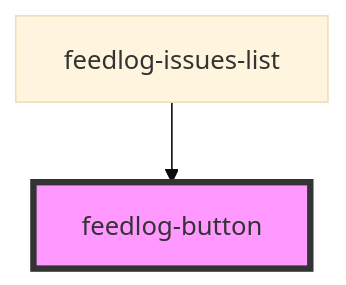
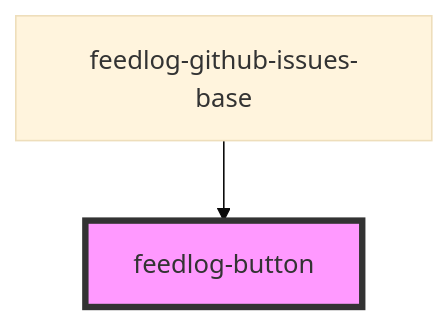
Before and after one commit to FeedlogAI/feedlog-toolkit: the diagram in packages/webcomponents/src/components/feedlog-button/readme.md, drawn with Mermaid (base theme). The commit also changed other lines of this file and 40 other files, not shown here.

Commit message:
Enhance Feedlog components: add 'postedAt' property to GitHubIssue interface, update FeedlogGithubIssues and FeedlogIssuesList for improved issue display with timestamps, and adjust CSS for consistent theming across components.

````diff
--- a/packages/webcomponents/src/components/feedlog-button/readme.md
+++ b/packages/webcomponents/src/components/feedlog-button/readme.md
@@ -38,5 +38,5 @@
 ```mermaid
 graph TD;
-  feedlog-issues-list --> feedlog-button
+  feedlog-github-issues-base --> feedlog-button
   style feedlog-button fill:#f9f,stroke:#333,stroke-width:4px
 ```
````
